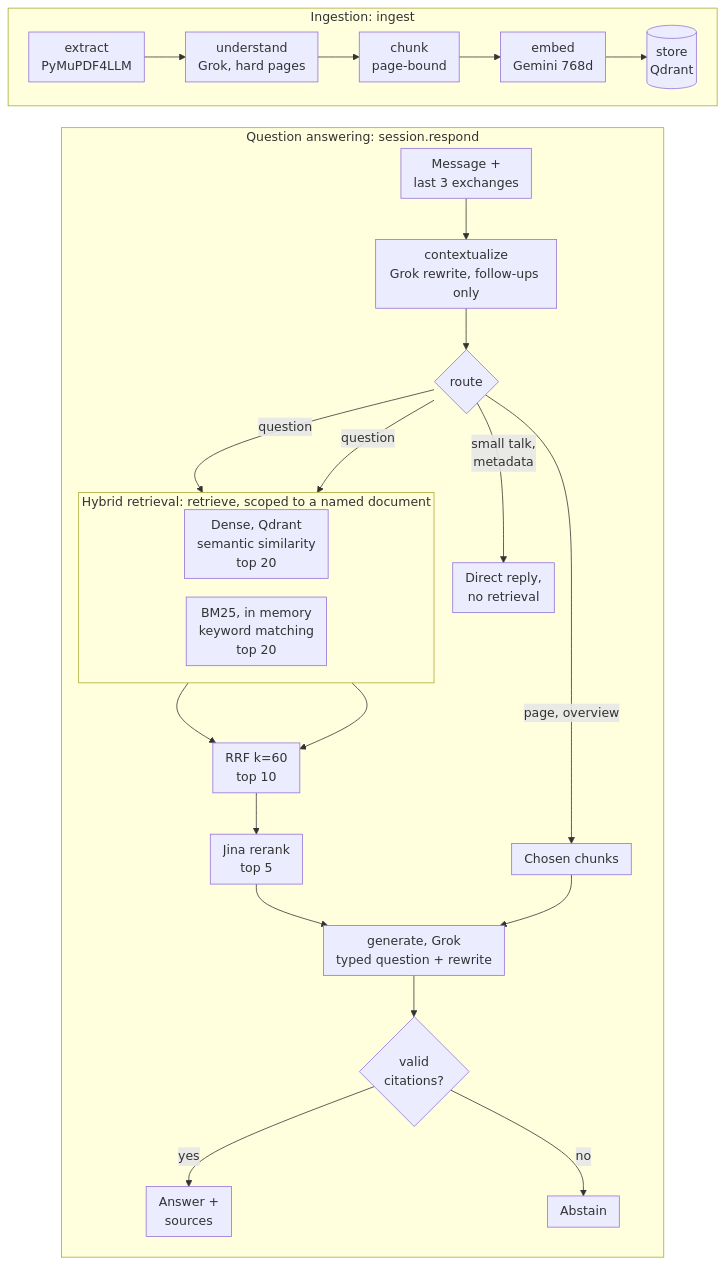
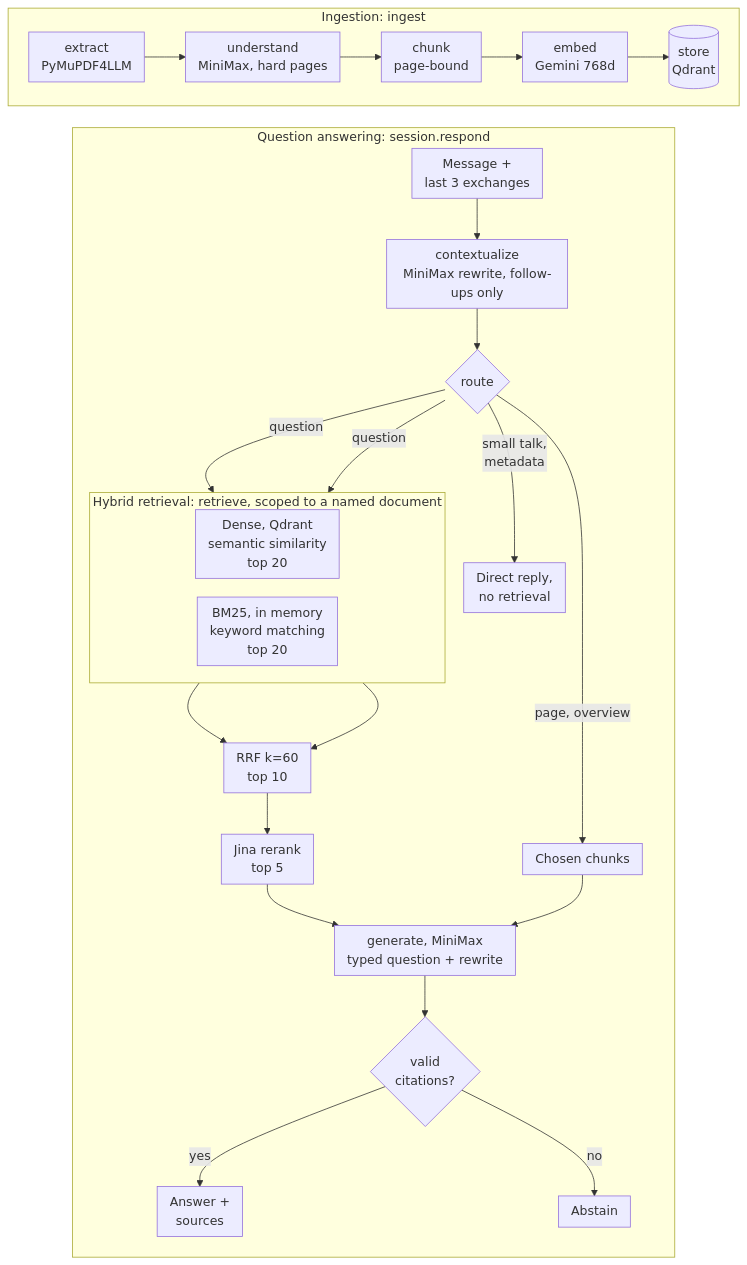
The second of 3 diagrams in README.md (tarunkauxhik/multimodal-enterprise-rag), drawn with Mermaid before and after one commit. The commit also changed other lines of this file and 13 other files, not shown here.

First line of the commit message:
feat: migrate RAG generation to MiniMax

````diff
--- a/README.md
+++ b/README.md
@@ -35,33 +35,33 @@
 ```mermaid
 %%{init: {"flowchart": {"nodeSpacing": 24, "rankSpacing": 28, "padding": 8, "diagramPadding": 4}}}%%
 flowchart TB
     subgraph ING["Ingestion: ingest"]
         direction LR
-        EX["extract<br/>PyMuPDF4LLM"] --> UN["understand<br/>Grok, hard pages"] --> CH["chunk<br/>page-bound"] --> EM["embed<br/>Gemini 768d"] --> ST[("store<br/>Qdrant")]
+        EX["extract<br/>PyMuPDF4LLM"] --> UN["understand<br/>MiniMax, hard pages"] --> CH["chunk<br/>page-bound"] --> EM["embed<br/>Gemini 768d"] --> ST[("store<br/>Qdrant")]
     end
 
     subgraph ASK["Question answering: session.respond"]
         direction TB
-        MSG["Message +<br/>last 3 exchanges"] --> CX["contextualize<br/>Grok rewrite, follow-ups only"]
+        MSG["Message +<br/>last 3 exchanges"] --> CX["contextualize<br/>MiniMax rewrite, follow-ups only"]
         CX --> RT{"route"}
         RT -->|"small talk,<br/>metadata"| DIRECT["Direct reply,<br/>no retrieval"]
         RT -->|"page, overview"| PICK["Chosen chunks"]
         RT -->|"question"| DN
         RT -->|"question"| BM
         subgraph HYB["Hybrid retrieval: retrieve, scoped to a named document"]
             direction LR
             DN["Dense, Qdrant<br/>semantic similarity<br/>top 20"]
             BM["BM25, in memory<br/>keyword matching<br/>top 20"]
         end
         DN --> RRF["RRF k=60<br/>top 10"]
         BM --> RRF
         RRF --> JR["Jina rerank<br/>top 5"]
-        JR --> GEN["generate, Grok<br/>typed question + rewrite"]
+        JR --> GEN["generate, MiniMax<br/>typed question + rewrite"]
         PICK --> GEN
         GEN --> VAL{"valid<br/>citations?"}
         VAL -->|"yes"| ANS["Answer +<br/>sources"]
         VAL -->|"no"| ABS["Abstain"]
     end
 
     ING ~~~ ASK
 ```
````
